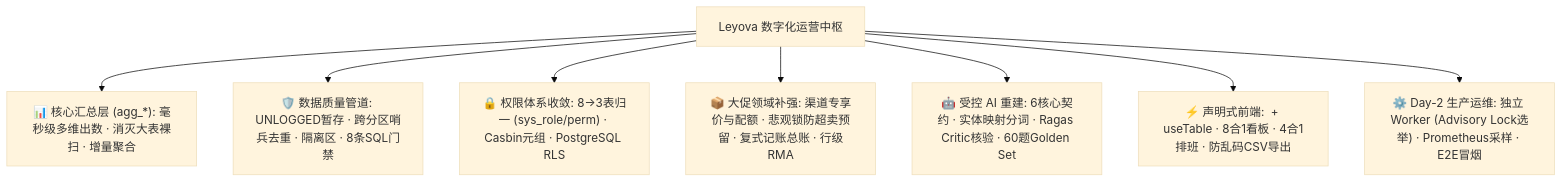
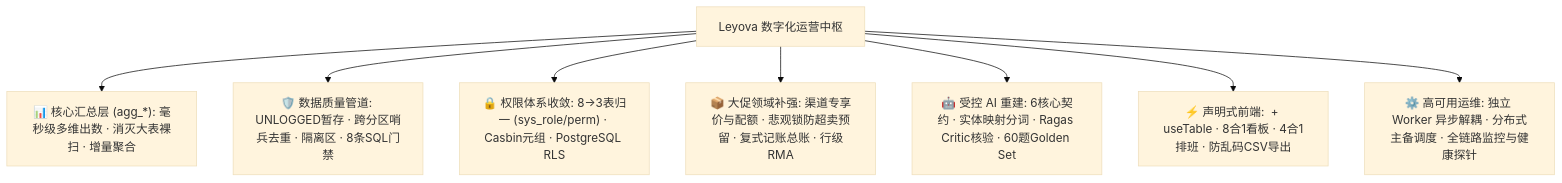
The first of 2 diagrams in README.md (BlazarLIU/leyova), drawn with Mermaid (base theme) before and after one commit. The commit also changed other lines of this file, not shown here.

Commit message:
docs: 重写架构图与运维调度章节，清除内卷黑话与代码魔数

````diff
--- a/README.md
+++ b/README.md
@@ -31,12 +31,12 @@
 ```mermaid
 graph TD
   Core["Leyova 数字化运营中枢"]
 
   Core --> D1["📊 核心汇总层 (agg_*): 毫秒级多维出数 · 消灭大表裸扫 · 增量聚合"]
   Core --> D2["🛡️ 数据质量管道: UNLOGGED暂存 · 跨分区哨兵去重 · 隔离区 · 8条SQL门禁"]
   Core --> D3["🔒 权限体系收敛: 8→3表归一 (sys_role/perm) · Casbin元组 · PostgreSQL RLS"]
   Core --> D4["📦 大促领域补强: 渠道专享价与配额 · 悲观锁防超卖预留 · 复式记账总账 · 行级RMA"]
   Core --> D5["🤖 受控 AI 重建: 6核心契约 · 实体映射分词 · Ragas Critic核验 · 60题Golden Set"]
   Core --> D6["⚡ 声明式前端: <DataPage> + useTable · 8合1看板 · 4合1排班 · 防乱码CSV导出"]
-  Core --> D7["⚙️ Day-2 生产运维: 独立 Worker (Advisory Lock选举) · Prometheus采样 · E2E冒烟"]
+  Core --> D7["⚙️ 高可用运维: 独立 Worker 异步解耦 · 分布式主备调度 · 全链路监控与健康探针"]
 ```
````
